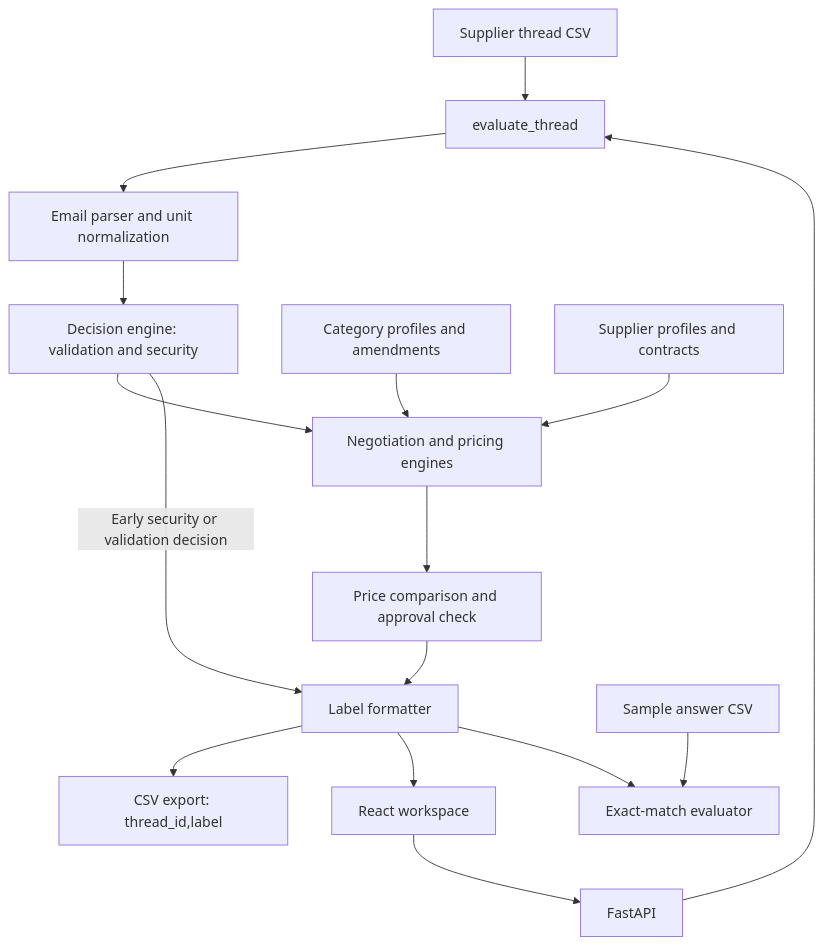
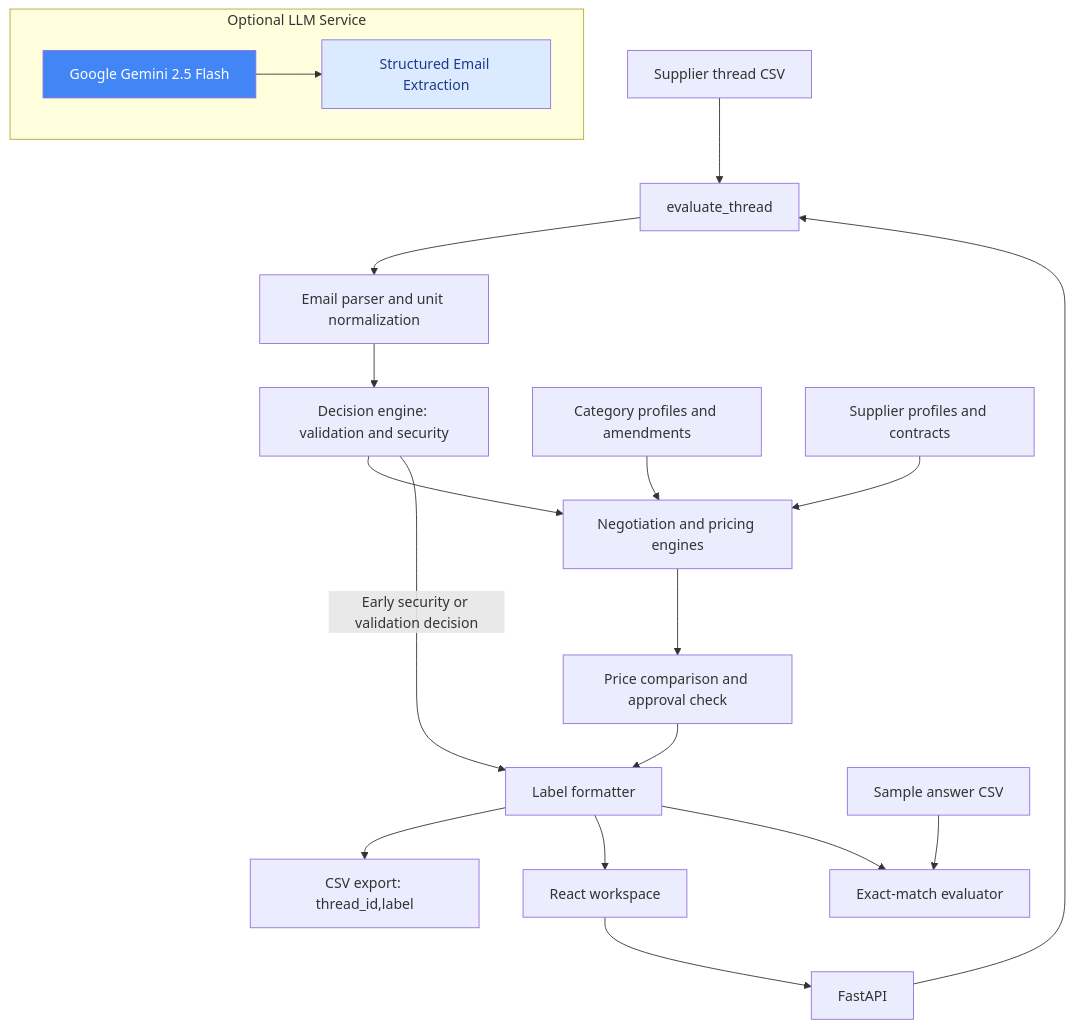
One commit to Akhilesh202008/NexDeal changed the diagram in README.md. Above: the diagram before and after it, drawn with Mermaid.

Commit message:
Include Gemini LLM service in architecture diagram

````diff
--- a/README.md
+++ b/README.md
@@ -66,18 +66,26 @@
 ```mermaid
 flowchart TD
     A[Supplier thread CSV] --> B[evaluate_thread]
     UI[React workspace] --> API[FastAPI]
     API --> B
     B --> C[Email parser and unit normalization]
     C --> D[Decision engine: validation and security]
     E[Category profiles and amendments] --> F[Negotiation and pricing engines]
     G[Supplier profiles and contracts] --> F
     D --> F
     F --> H[Price comparison and approval check]
     D -->|Early security or validation decision| I[Label formatter]
     H --> I
     I --> J[CSV export: thread_id,label]
     I --> UI
     K[Sample answer CSV] --> M[Exact-match evaluator]
     I --> M
+
+    subgraph LLM[Optional LLM Service]
+        LLM_G[Google Gemini 2.5 Flash] --> LLM_E[Structured Email Extraction]
+    end
+
+    style LLM_G fill:#4285F4,color:#fff
+    style LLM_E fill:#DBEAFE,color:#1E3A8A
+
 ```
````
